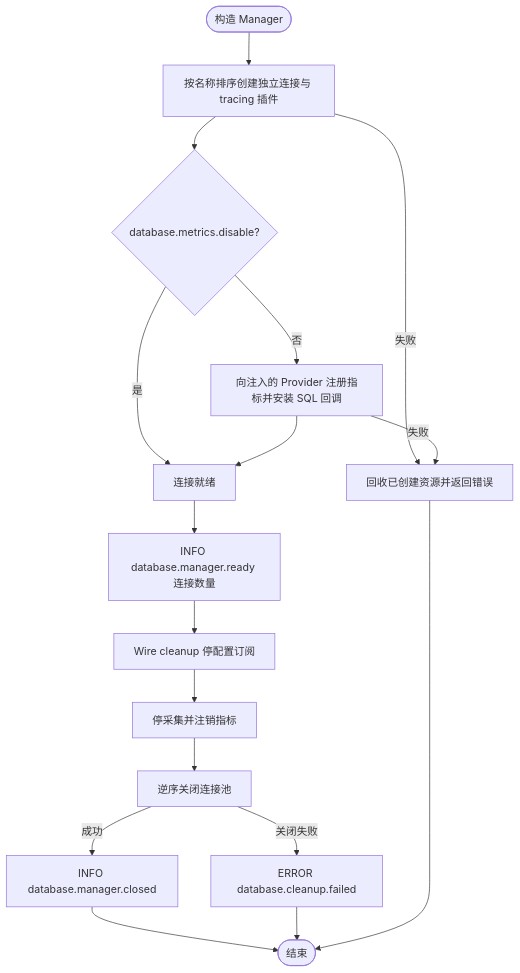
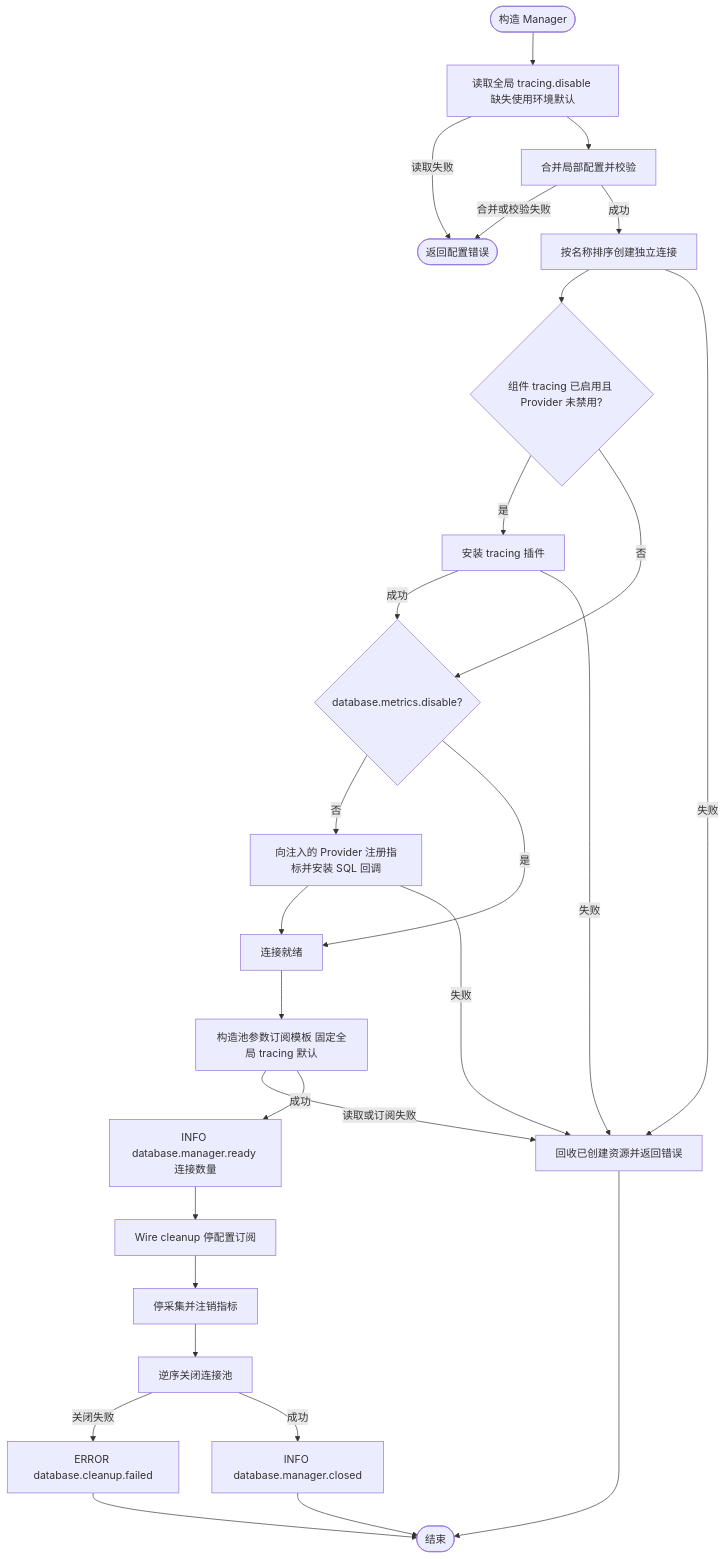
Before and after one commit to jaggerzhuang1994/kratos-foundation: the eighth of 10 diagrams in pkg/database/README.md, drawn with Mermaid. The commit also changed other lines of this file and 59 other files, not shown here.

````diff
--- a/pkg/database/README.md
+++ b/pkg/database/README.md
@@ -247,19 +253,29 @@
 ```mermaid
 flowchart TD
-    A([构造 Manager]) --> B[按名称排序创建独立连接与 tracing 插件]
-    B --> C{database.metrics.disable?}
+    A([构造 Manager]) --> A1[读取全局 tracing.disable 缺失使用环境默认]
+    A1 -- 读取失败 --> A3([返回配置错误])
+    A1 --> A2[合并局部配置并校验]
+    A2 -- 合并或校验失败 --> A3
+    A2 -- 成功 --> B[按名称排序创建独立连接]
+    B --> B1{组件 tracing 已启用且 Provider 未禁用?}
+    B1 -- 是 --> B2[安装 tracing 插件]
+    B1 -- 否 --> C{database.metrics.disable?}
+    B2 -- 成功 --> C
     C -- 否 --> D[向注入的 Provider 注册指标并安装 SQL 回调]
     C -- 是 --> E[连接就绪]
     D --> E
     B -- 失败 --> F[回收已创建资源并返回错误]
+    B2 -- 失败 --> F
     D -- 失败 --> F
-    E --> E1[INFO database.manager.ready 连接数量]
+    E --> E0[构造池参数订阅模板 固定全局 tracing 默认]
+    E0 -- 读取或订阅失败 --> F
+    E0 -- 成功 --> E1[INFO database.manager.ready 连接数量]
     E1 --> G[Wire cleanup 停配置订阅]
     G --> H[停采集并注销指标]
     H --> I[逆序关闭连接池]
     I -- 关闭失败 --> J[ERROR database.cleanup.failed]
     I -- 成功 --> I1[INFO database.manager.closed]
     I1 --> K([结束])
     J --> K
     F --> K
 ```
````
